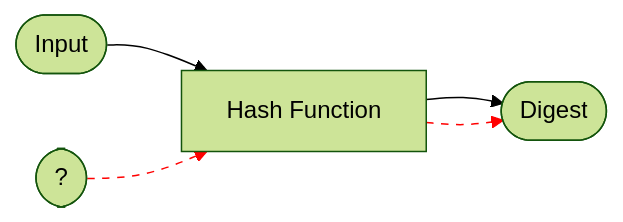
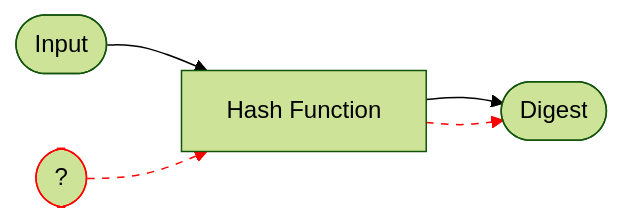
The third of 4 diagrams in docs/primitives/hash-function/intro.md (sripwoud/cryptography), drawn with Mermaid (forest theme) before and after one commit. The commit also changed other lines of this file and 10 other files, not shown here.

````diff
--- a/docs/primitives/hash-function/intro.md
+++ b/docs/primitives/hash-function/intro.md
@@ -36,9 +39,11 @@
     ```mermaid
      graph LR
     
      A([Input]) -->B[Hash Function]
      B --> C([Digest])
      D([?]) -.-> B -.-> C([Digest])
+  
+     style D stroke: red;
      linkStyle 2 stroke:red, stroke-dasharray: 5;
      linkStyle 3 stroke:red, stroke-dasharray: 5;
     ```
````
